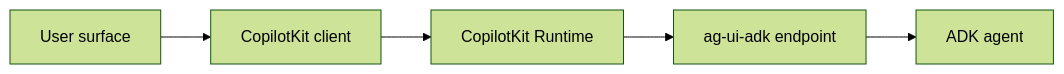
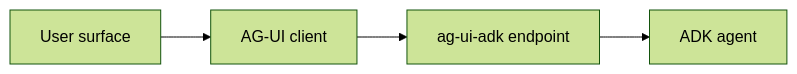
One commit to google/adk-docs changed the diagram in docs/runtime/frontend/index.md. Above: the diagram before and after it, drawn with Mermaid (forest theme). The commit also changed other lines of this file and 2 other files, not shown here.

First line of the commit message:
docs(runtime): reframe Frontend section as neutral ADK guidance

````diff
--- a/docs/runtime/frontend/index.md
+++ b/docs/runtime/frontend/index.md
@@ -31,7 +30,6 @@
 ```mermaid
 flowchart LR
-  User["User surface"] --> Client["CopilotKit client"]
-  Client --> Runtime["CopilotKit Runtime"]
-  Runtime --> AGUI["ag-ui-adk endpoint"]
+  User["User surface"] --> Client["AG-UI client"]
+  Client --> AGUI["ag-ui-adk endpoint"]
   AGUI --> ADK["ADK agent"]
 ```
````
